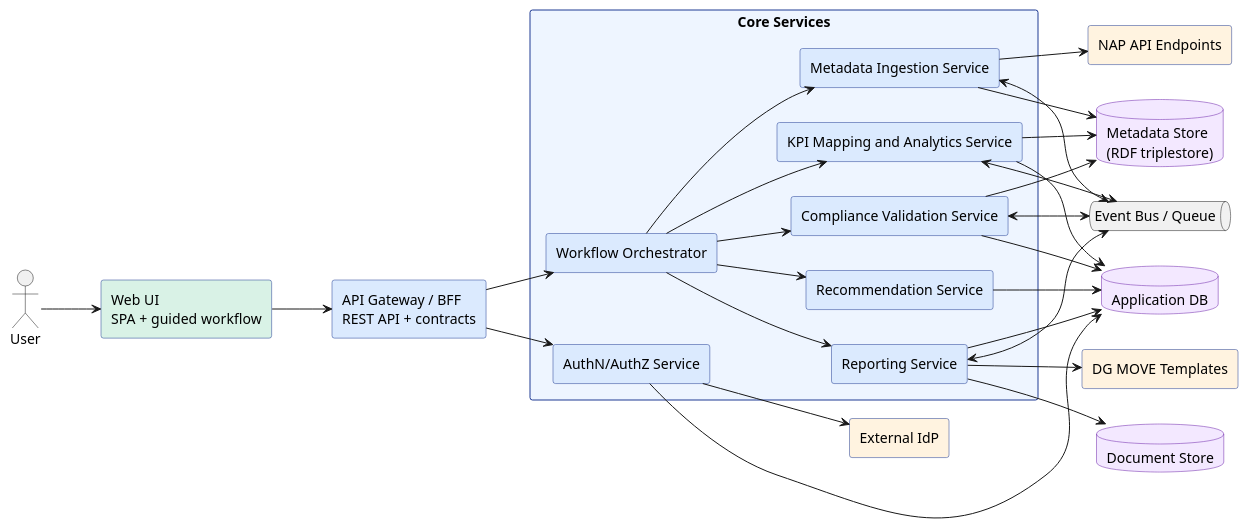
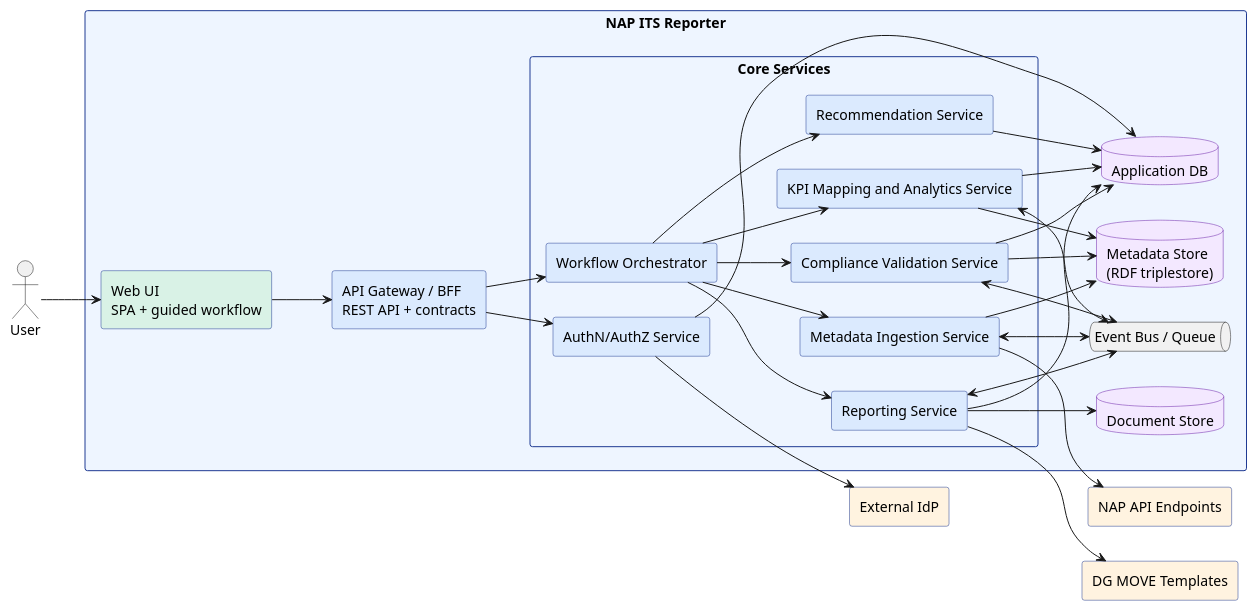
The diagram in Napcore-ITS-Reporting/docs/architecture/puml/container.puml (UM-KGPI/Napcore-ITS-Reporting), drawn with PlantUML before and after one commit. The commit also changed 5 other files, not shown here.

Commit message:
Rename app to NAP ITS Reporter and switch diagram labels to English

```diff
--- a/Napcore-ITS-Reporting/docs/architecture/puml/container.puml
+++ b/Napcore-ITS-Reporting/docs/architecture/puml/container.puml
@@ -1,70 +1,72 @@
 @startuml
 ' Container Diagram (Level 2)
 skinparam shadowing false
 skinparam componentStyle rectangle
 skinparam packageStyle rectangle
 left to right direction
 
 skinparam rectangle {
   BackgroundColor #eef5ff
   BorderColor #1f3a93
 }
 skinparam database {
   BackgroundColor #f3e8ff
   BorderColor #6b21a8
 }
 
 actor "User" as USER
 
-rectangle "Web UI\nSPA + guided workflow" as UI #d9f2e6
-rectangle "API Gateway / BFF\nREST API + contracts" as BFF #dbeafe
+package "NAP ITS Reporter" {
+  rectangle "Web UI\nSPA + guided workflow" as UI #d9f2e6
+  rectangle "API Gateway / BFF\nREST API + contracts" as BFF #dbeafe
 
-package "Core Services" {
-  rectangle "Metadata Ingestion Service" as ING #dbeafe
-  rectangle "Compliance Validation Service" as VAL #dbeafe
-  rectangle "KPI Mapping and Analytics Service" as KPI #dbeafe
-  rectangle "Reporting Service" as REP #dbeafe
-  rectangle "Recommendation Service" as REC #dbeafe
-  rectangle "Workflow Orchestrator" as WF #dbeafe
-  rectangle "AuthN/AuthZ Service" as IAM #dbeafe
+  package "Core Services" {
+    rectangle "Metadata Ingestion Service" as ING #dbeafe
+    rectangle "Compliance Validation Service" as VAL #dbeafe
+    rectangle "KPI Mapping and Analytics Service" as KPI #dbeafe
+    rectangle "Reporting Service" as REP #dbeafe
+    rectangle "Recommendation Service" as REC #dbeafe
+    rectangle "Workflow Orchestrator" as WF #dbeafe
+    rectangle "AuthN/AuthZ Service" as IAM #dbeafe
+  }
+
+  database "Metadata Store\n(RDF triplestore)" as META
+  database "Application DB" as APPDB
+  database "Document Store" as DOCS
+  queue "Event Bus / Queue" as MQ
 }
-
-database "Metadata Store\n(RDF triplestore)" as META
-database "Application DB" as APPDB
-database "Document Store" as DOCS
-queue "Event Bus / Queue" as MQ
 
 rectangle "NAP API Endpoints" as NAP #fff3e0
 rectangle "DG MOVE Templates" as DGT #fff3e0
 rectangle "External IdP" as IDP #fff3e0
 
 USER --> UI
 UI --> BFF
 BFF --> IAM
 BFF --> WF
 
 WF --> ING
 WF --> VAL
 WF --> KPI
 WF --> REP
 WF --> REC
 
 ING --> NAP
 ING --> META
 VAL --> META
 VAL --> APPDB
 KPI --> META
 KPI --> APPDB
 REP --> DGT
 REP --> DOCS
 REP --> APPDB
 REC --> APPDB
 
 ING <--> MQ
 VAL <--> MQ
 KPI <--> MQ
 REP <--> MQ
 
 IAM --> IDP
 IAM --> APPDB
 @enduml
```
